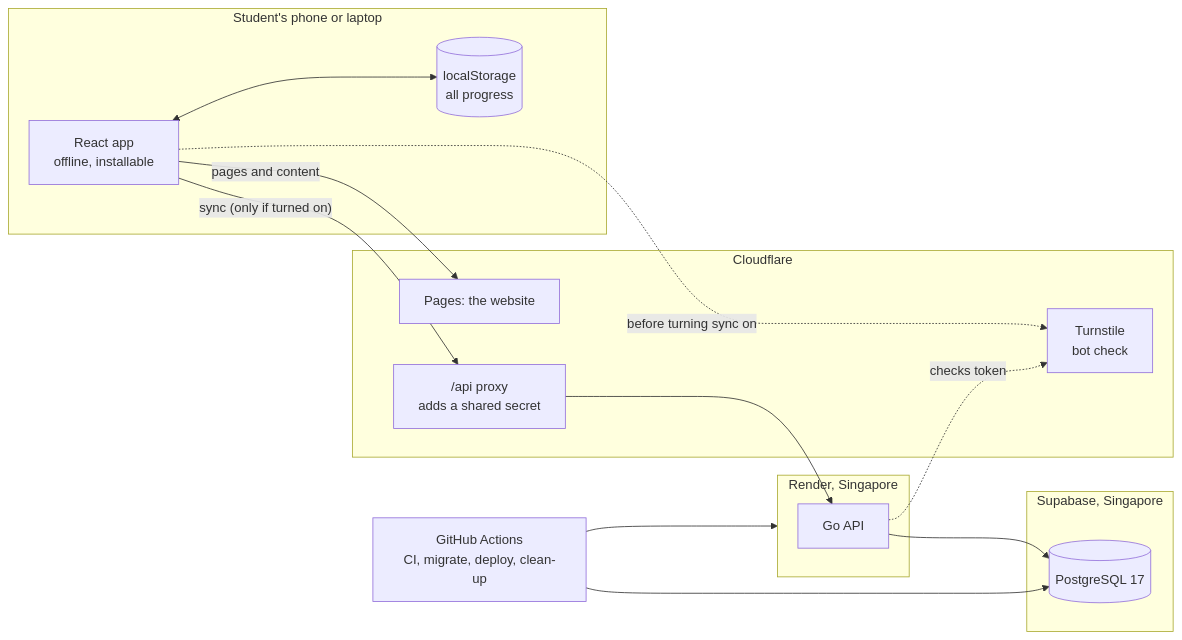
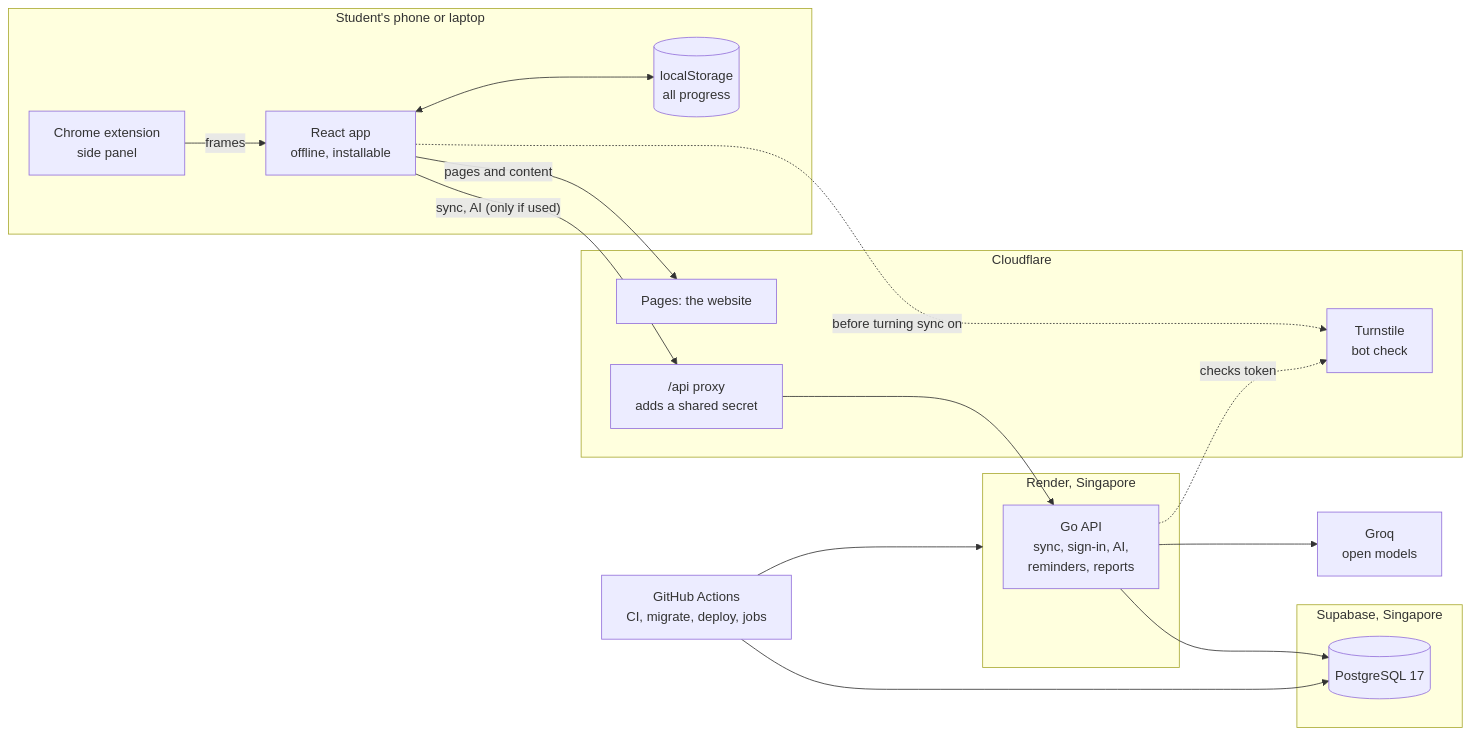
One commit to japp47/CAT-Prep changed the third of 4 diagrams in README.md. Above: the diagram before and after it, drawn with Mermaid. The commit also changed other lines of this file, not shown here.

````diff
--- a/README.md
+++ b/README.md
@@ -165,27 +170,31 @@
 ```mermaid
 flowchart LR
     subgraph Device["Student's phone or laptop"]
         UI[React app<br/>offline, installable]
         LS[(localStorage<br/>all progress)]
+        EXT[Chrome extension<br/>side panel]
         UI <--> LS
+        EXT -- frames --> UI
     end
     subgraph CF["Cloudflare"]
         PG[Pages: the website]
         FN["/api proxy<br/>adds a shared secret"]
         TS[Turnstile<br/>bot check]
     end
     subgraph RD["Render, Singapore"]
-        API[Go API]
+        API[Go API<br/>sync, sign-in, AI,<br/>reminders, reports]
     end
     subgraph SB["Supabase, Singapore"]
         DB[(PostgreSQL 17)]
     end
-    GH[GitHub Actions<br/>CI, migrate, deploy, clean-up]
+    AI[Groq<br/>open models]
+    GH[GitHub Actions<br/>CI, migrate, deploy, jobs]
 
     UI -- pages and content --> PG
-    UI -- "sync (only if turned on)" --> FN --> API --> DB
+    UI -- "sync, AI (only if used)" --> FN --> API --> DB
+    API --> AI
     UI -. before turning sync on .-> TS
     API -. checks token .-> TS
     GH --> RD
     GH --> DB
 ```
````
